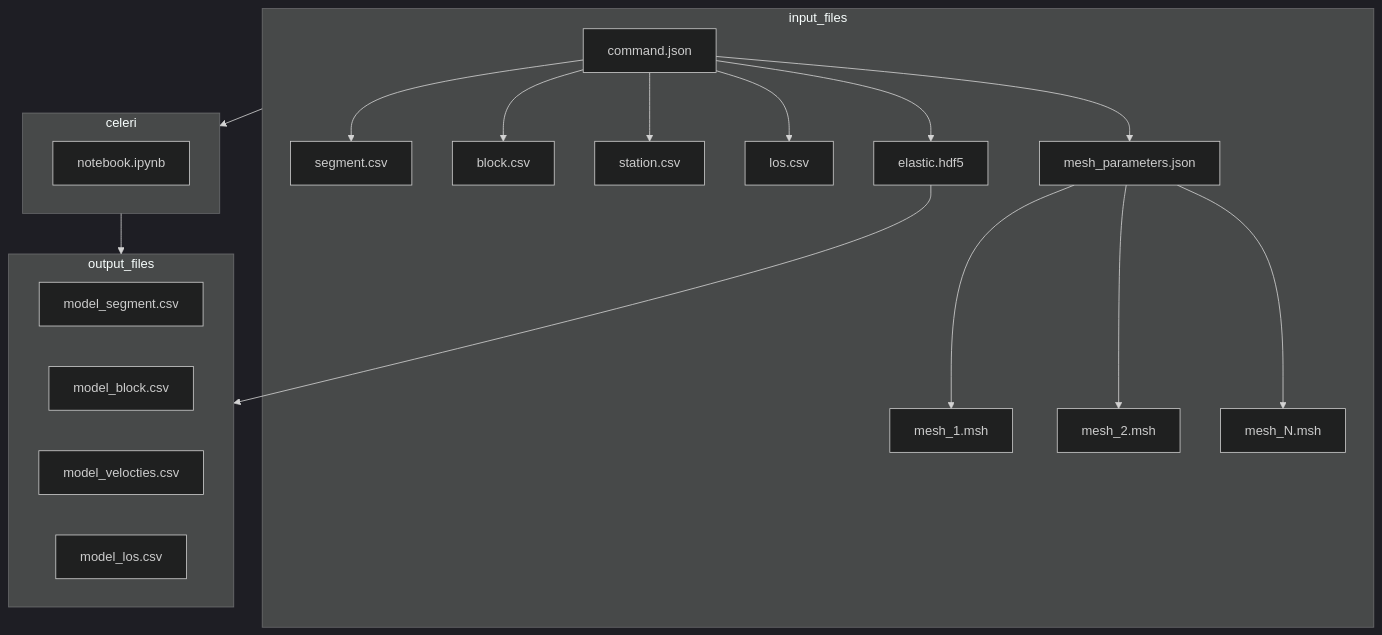
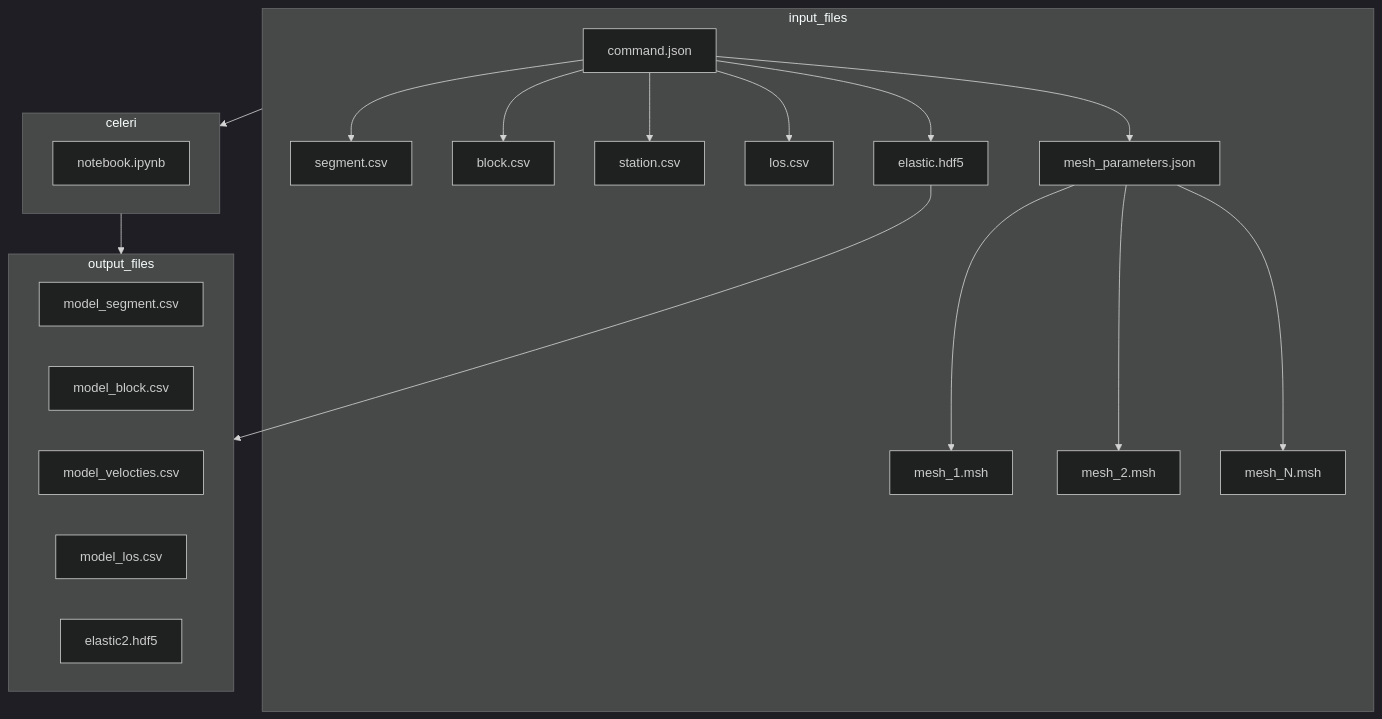
The second of 2 diagrams in README.md (brendanjmeade/celeri), drawn with Mermaid (dark theme) before and after one commit.

Commit message:
slight change to elastic

````diff
--- a/README.md
+++ b/README.md
@@ -40,27 +40,27 @@
 ```mermaid
 flowchart TD
     subgraph input_files
     command.json-->segment.csv
     command.json-->block.csv
     command.json-->station.csv
     command.json-->los.csv
     command.json-->mesh_parameters.json
     mesh_parameters.json-->mesh_1.msh
     mesh_parameters.json-->mesh_2.msh
     mesh_parameters.json-->mesh_N.msh
     command.json-->elastic.hdf5
     end
     subgraph celeri
     notebook.ipynb
     end
     subgraph output_files
     model_segment.csv
     model_block.csv
     model_velocties.csv
     model_los.csv
-    elastic.hdf5
+    elastic2.hdf5
     end
     elastic.hdf5 --> output_files
     input_files --> celeri
     celeri --> output_files
 ```
````
